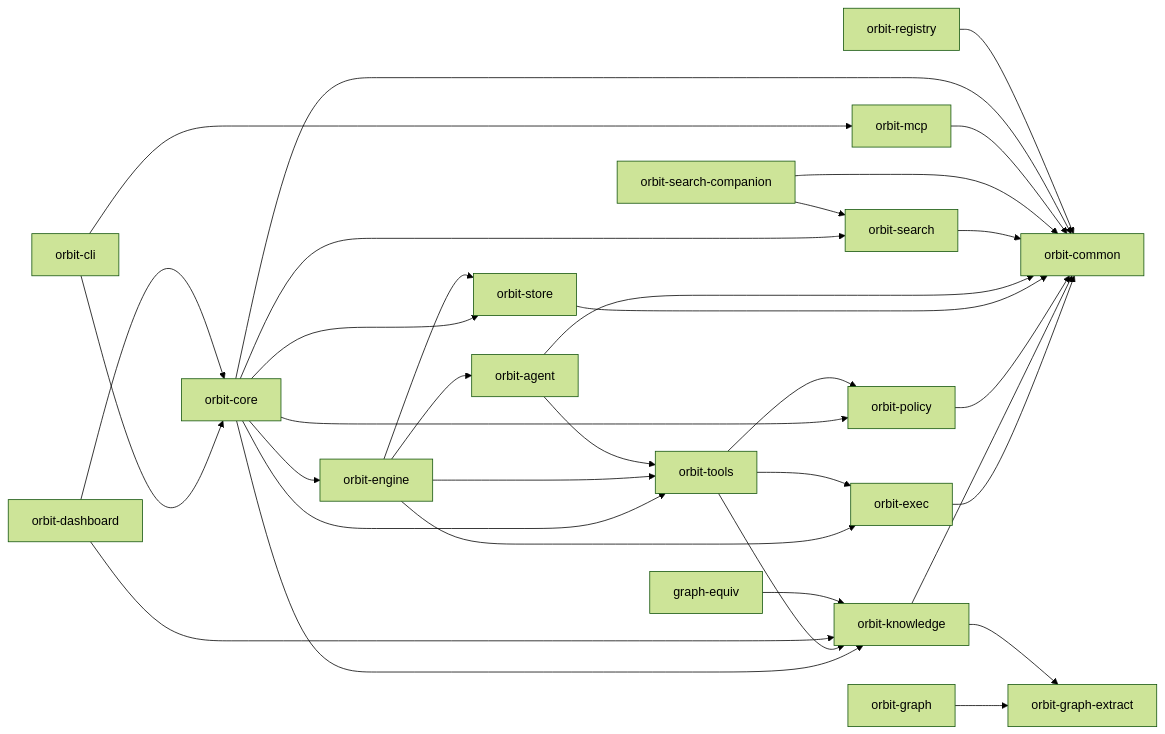
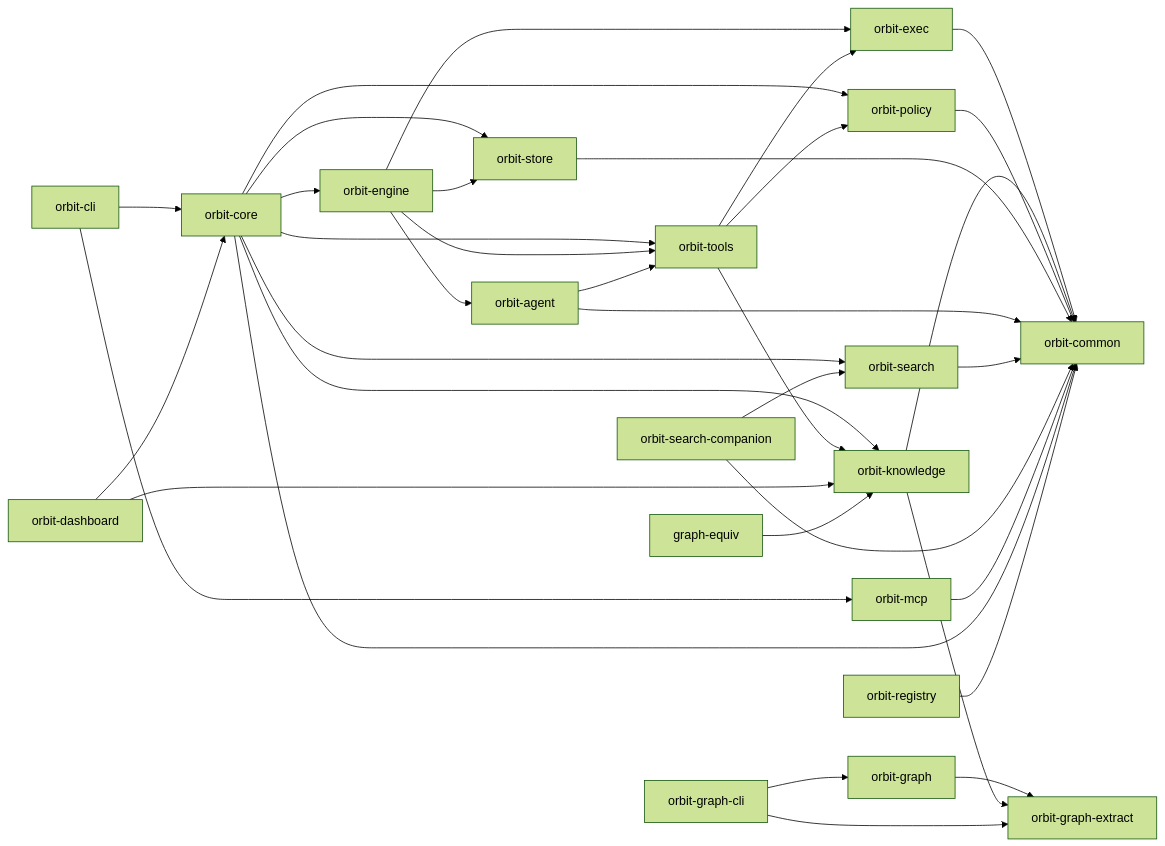
The diagram in ARCHITECTURE.md (danieljhkim/orbit), drawn with Mermaid (forest theme) before and after one commit. The commit also changed other lines of this file and 19 other files, not shown here.

Commit message:
feat: Implement orbit-graph-cli crate with seven subcommands [ORB-00318]

````diff
--- a/ARCHITECTURE.md
+++ b/ARCHITECTURE.md
@@ -5,35 +5,37 @@
 ```mermaid
 flowchart LR
   CLI["orbit-cli"] --> Core["orbit-core"]
   CLI --> MCP["orbit-mcp"]
   Core --> Engine["orbit-engine"]
   Core --> Store["orbit-store"]
   Core --> Tools["orbit-tools"]
   Core --> Search["orbit-search"]
   Core --> Knowledge["orbit-knowledge"]
   Core --> Policy["orbit-policy"]
   Engine --> Agent["orbit-agent"]
   Engine --> Store
   Engine --> Exec["orbit-exec"]
   Engine --> Tools
   Agent --> Tools
   Graph["orbit-graph"] --> GraphExtract["orbit-graph-extract"]
   Tools --> Exec["orbit-exec"]
   Tools --> Knowledge
   Tools --> Policy
   Knowledge --> GraphExtract["orbit-graph-extract"]
   Exec --> Common["orbit-common"]
   Knowledge --> Common
   Policy --> Common
   Store --> Common
   Agent --> Common
   Search --> Common
   SearchCompanion["orbit-search-companion"] --> Search
   SearchCompanion --> Common
+  GraphCli["orbit-graph-cli"] --> Graph
+  GraphCli --> GraphExtract
   MCP --> Common
   Dashboard["orbit-dashboard"] --> Core
   Dashboard --> Knowledge
   GraphEquiv["graph-equiv"] --> Knowledge
   Core --> Common
   Registry["orbit-registry"] --> Common
 ```
````
